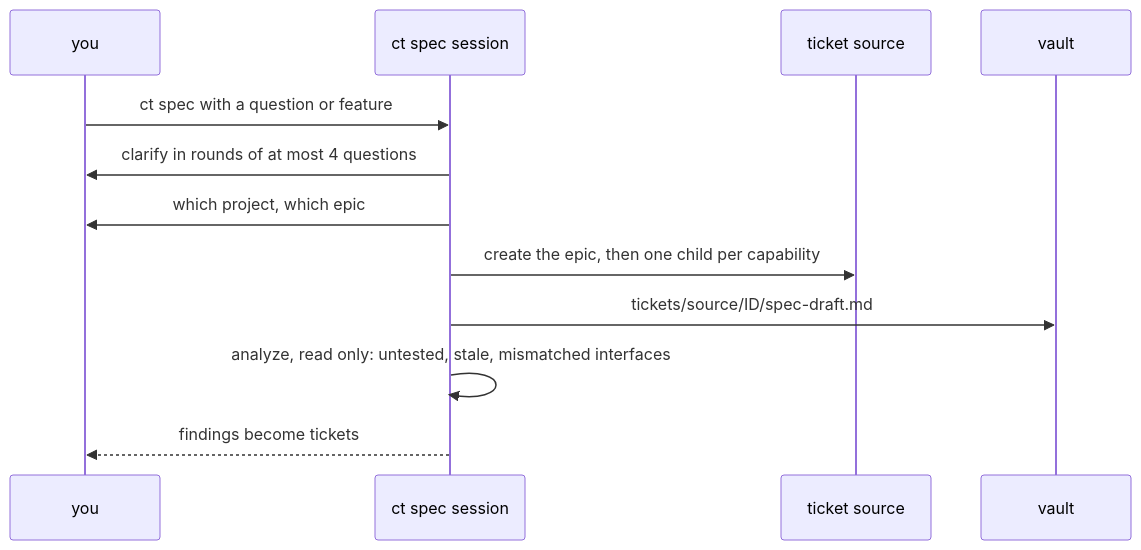
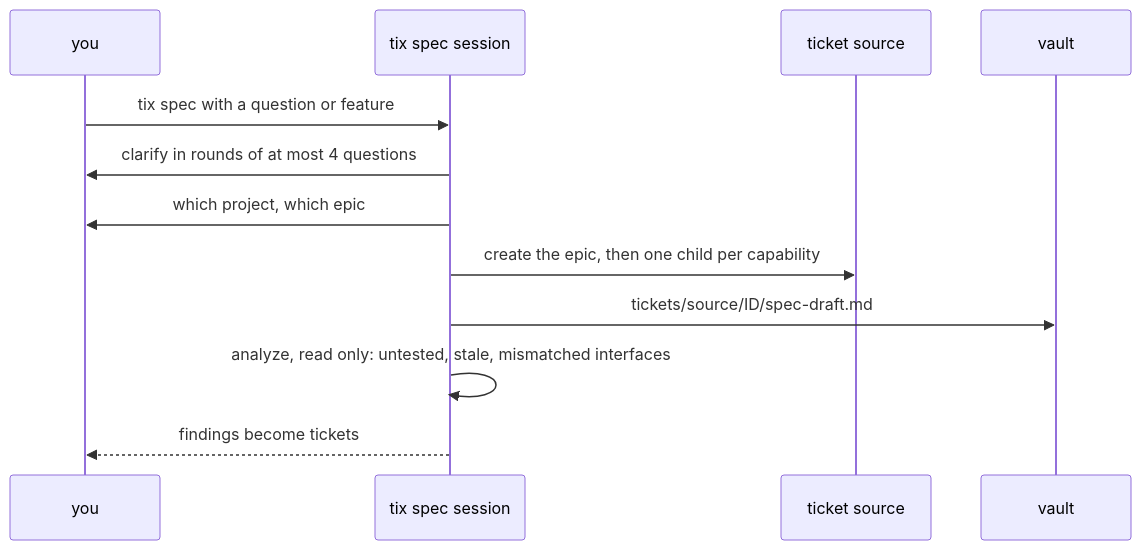
The second of 3 diagrams in docs/spec-workflow.md (zero4573/claude-tickets), drawn with Mermaid before and after one commit. The commit also changed other lines of this file and 361 other files, not shown here.

````diff
--- a/docs/spec-workflow.md
+++ b/docs/spec-workflow.md
@@ -77,14 +77,14 @@
 ```mermaid
 sequenceDiagram
   participant U as you
-  participant S as ct spec session
+  participant S as tix spec session
   participant J as ticket source
   participant V as vault
-  U->>S: ct spec with a question or feature
+  U->>S: tix spec with a question or feature
   S->>U: clarify in rounds of at most 4 questions
   S->>U: which project, which epic
   S->>J: create the epic, then one child per capability
   S->>V: tickets/source/ID/spec-draft.md
   S->>S: analyze, read only: untested, stale, mismatched interfaces
   S-->>U: findings become tickets
 ```
````
